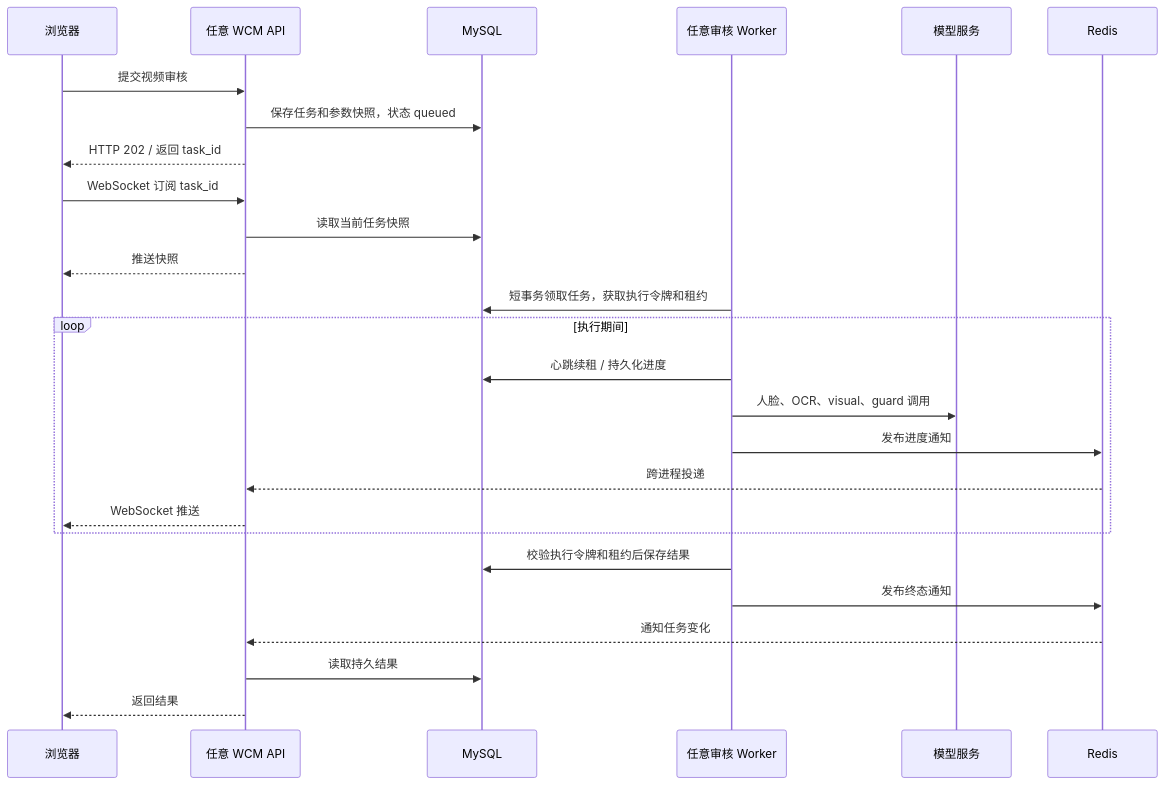
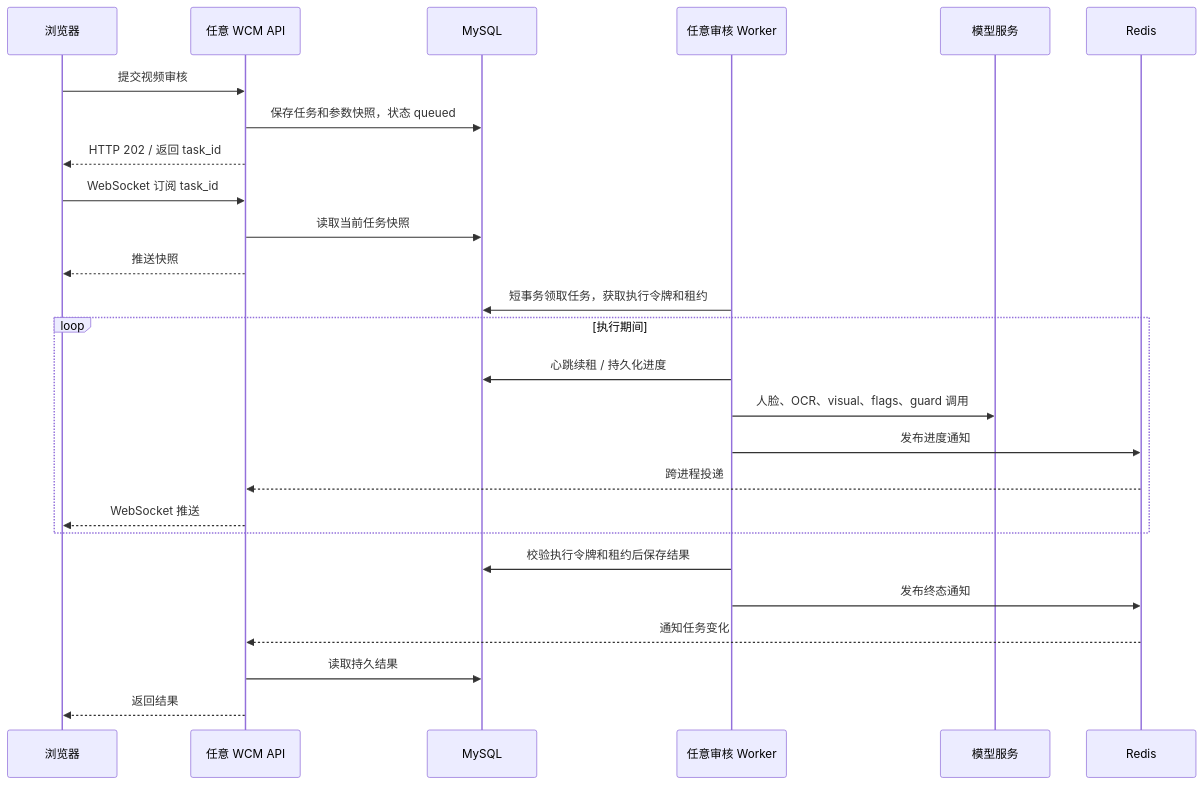
Before and after one commit to binarrii/WCM: the second of 5 diagrams in docs/current-architecture.md, drawn with Mermaid. The commit also changed other lines of this file and 6 other files, not shown here.

````diff
--- a/docs/current-architecture.md
+++ b/docs/current-architecture.md
@@ -86,29 +89,29 @@
 ```mermaid
 sequenceDiagram
     participant UI as 浏览器
     participant API as 任意 WCM API
     participant DB as MySQL
     participant W as 任意审核 Worker
     participant M as 模型服务
     participant R as Redis
 
     UI->>API: 提交视频审核
     API->>DB: 保存任务和参数快照，状态 queued
     API-->>UI: HTTP 202 / 返回 task_id
     UI->>API: WebSocket 订阅 task_id
     API->>DB: 读取当前任务快照
     API-->>UI: 推送快照
     W->>DB: 短事务领取任务，获取执行令牌和租约
     loop 执行期间
         W->>DB: 心跳续租 / 持久化进度
-        W->>M: 人脸、OCR、visual、guard 调用
+        W->>M: 人脸、OCR、visual、flags、guard 调用
         W->>R: 发布进度通知
         R-->>API: 跨进程投递
         API-->>UI: WebSocket 推送
     end
     W->>DB: 校验执行令牌和租约后保存结果
     W->>R: 发布终态通知
     R-->>API: 通知任务变化
     API->>DB: 读取持久结果
     API-->>UI: 返回结果
 ```
````
